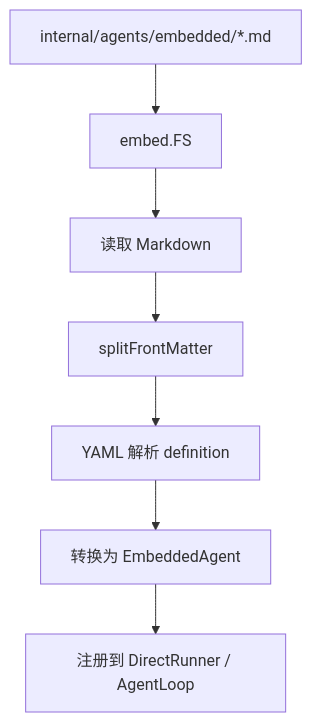
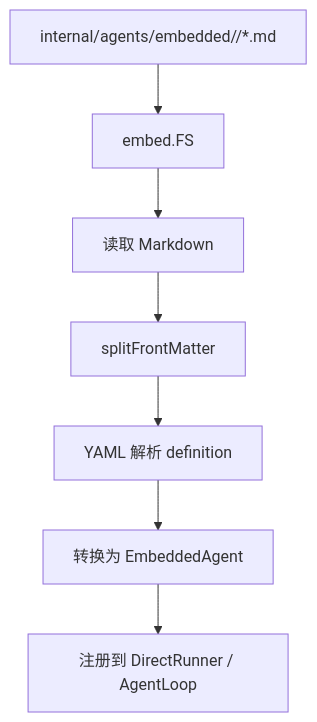
One commit to sjzsdu/tt changed the fourth of 5 diagrams in ai-docs/picoclaw-integration.md. Above: the diagram before and after it, drawn with Mermaid. The commit also changed other lines of this file and 29 other files, not shown here.

Commit message:
refactor(agents): categorize embedded agent definitions

````diff
--- a/ai-docs/picoclaw-integration.md
+++ b/ai-docs/picoclaw-integration.md
@@ -126,9 +126,9 @@
 ```mermaid
 flowchart TD
-    A[internal/agents/embedded/*.md] --> B[embed.FS]
+    A[internal/agents/embedded/<category>/*.md] --> B[embed.FS]
     B --> C[读取 Markdown]
     C --> D[splitFrontMatter]
     D --> E[YAML 解析 definition]
     E --> F[转换为 EmbeddedAgent]
     F --> G[注册到 DirectRunner / AgentLoop]
 ```
````
